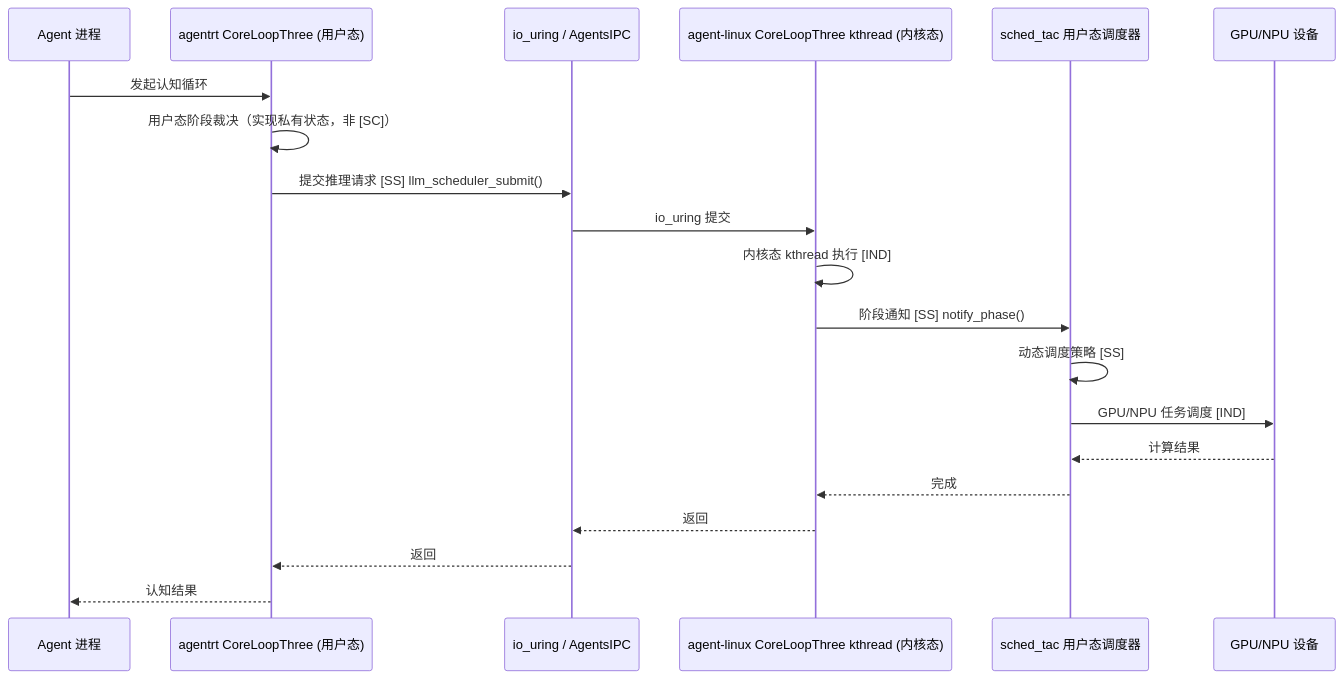
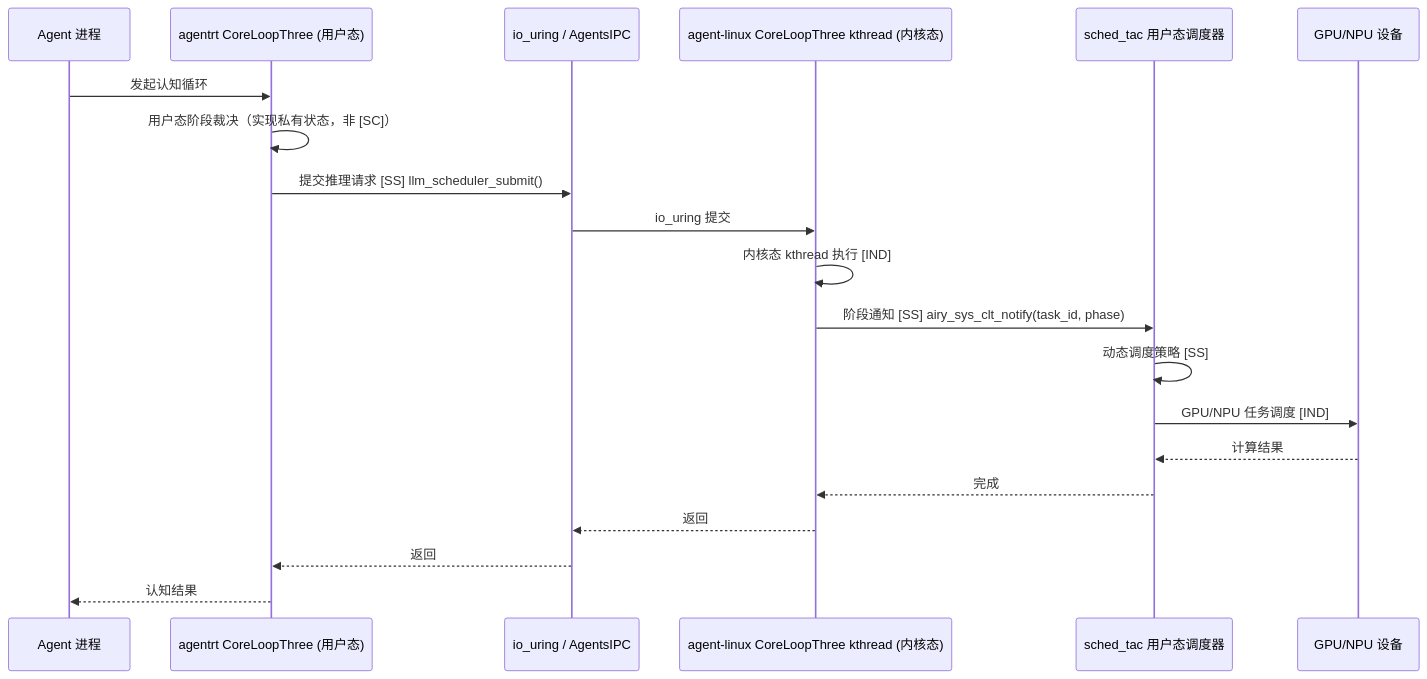
The third of 3 diagrams in 20-modules/05-cognition.md (openairymax/docs-linux), drawn with Mermaid before and after one commit. The commit also changed other lines of this file and 20 other files, not shown here.

Commit message:
docs: 对齐 551 认知阶段记录设计与实现 syscall 551（airy_sys_clt_notify）的历史文档仍残留 op/arg 双参 + AIRY_CLT_* op 宏的旧 8-op 模型，与已冻结契约（phase 统一操作码） 不一致，导致接口表、编号注册表、契约、数据流等 21 份文档出现漂移，

````diff
--- a/20-modules/05-cognition.md
+++ b/20-modules/05-cognition.md
@@ -607,23 +605,23 @@
 ```mermaid
 sequenceDiagram
     participant AGENT as Agent 进程
     participant CLT_U as agentrt CoreLoopThree (用户态)
     participant IPC as io_uring / AgentsIPC
     participant CLT_K as agent-linux CoreLoopThree kthread (内核态)
     participant SCHED as sched_tac 用户态调度器
     participant GPU as GPU/NPU 设备
 
     AGENT->>CLT_U: 发起认知循环
     CLT_U->>CLT_U: 用户态阶段裁决（实现私有状态，非 [SC]）
     CLT_U->>IPC: 提交推理请求 [SS] llm_scheduler_submit()
     IPC->>CLT_K: io_uring 提交
     CLT_K->>CLT_K: 内核态 kthread 执行 [IND]
-    CLT_K->>SCHED: 阶段通知 [SS] notify_phase()
+    CLT_K->>SCHED: 阶段通知 [SS] airy_sys_clt_notify(task_id, phase)
     SCHED->>SCHED: 动态调度策略 [SS]
     SCHED->>GPU: GPU/NPU 任务调度 [IND]
     GPU-->>SCHED: 计算结果
     SCHED-->>CLT_K: 完成
     CLT_K-->>IPC: 返回
     IPC-->>CLT_U: 返回
     CLT_U-->>AGENT: 认知结果
 ```
````
